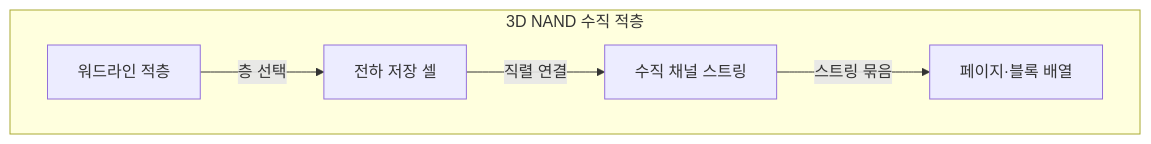
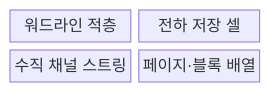
One commit to agnusdei1207/knowledge-base changed the first of 2 diagrams in src/content/docs/notes/02-hardware/031_nand_flash_3d_v_nand.md. Above: the diagram before and after it, drawn with Mermaid. The commit also changed other lines of this file and 20 other files, not shown here.

````diff
--- a/src/content/docs/notes/02-hardware/031_nand_flash_3d_v_nand.md
+++ b/src/content/docs/notes/02-hardware/031_nand_flash_3d_v_nand.md
@@ -74,12 +72,8 @@
 ```mermaid
-flowchart TB
-    subgraph STACK["3D NAND 수직 적층"]
-        WL[워드라인 적층]
-        CELL[전하 저장 셀]
-        CH[수직 채널 스트링]
-        PB[페이지·블록 배열]
-        WL -->|층 선택| CELL
-        CELL -->|직렬 연결| CH
-        CH -->|스트링 묶음| PB
-    end
+block
+    columns 2
+    WL["워드라인 적층"]
+    CELL["전하 저장 셀"]
+    CH["수직 채널 스트링"]
+    PB["페이지·블록 배열"]
 ```
````
